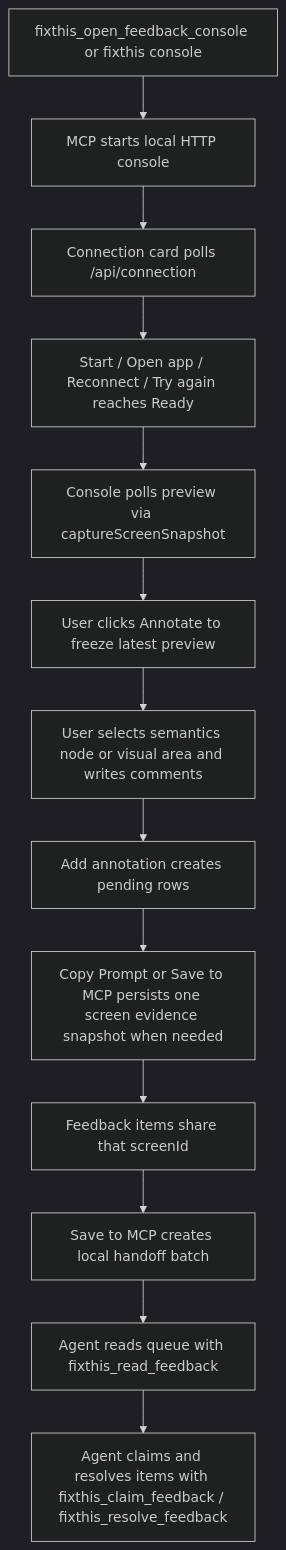
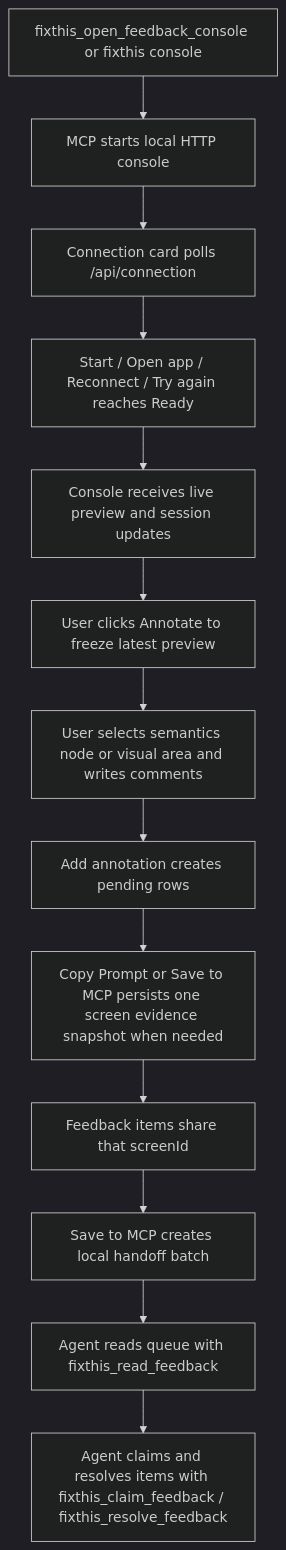
One commit to beyondwin/FixThis changed the second of 2 diagrams in docs/architecture/overview.md. Above: the diagram before and after it, drawn with Mermaid (dark theme). The commit also changed other lines of this file and 11 other files, not shown here.

Commit message:
docs(console): sync session preview hardening docs

````diff
--- a/docs/architecture/overview.md
+++ b/docs/architecture/overview.md
@@ -223,15 +228,15 @@
 ```mermaid
 flowchart TD
     A["fixthis_open_feedback_console or fixthis console"] --> B["MCP starts local HTTP console"]
     B --> C["Connection card polls /api/connection"]
     C --> D["Start / Open app / Reconnect / Try again reaches Ready"]
-    D --> E["Console polls preview via captureScreenSnapshot"]
+    D --> E["Console receives live preview and session updates"]
     E --> F["User clicks Annotate to freeze latest preview"]
     F --> G["User selects semantics node or visual area and writes comments"]
     G --> H["Add annotation creates pending rows"]
     H --> I["Copy Prompt or Save to MCP persists one screen evidence snapshot when needed"]
     I --> J["Feedback items share that screenId"]
     J --> K["Save to MCP creates local handoff batch"]
     K --> L["Agent reads queue with fixthis_read_feedback"]
     L --> M["Agent claims and resolves items with fixthis_claim_feedback / fixthis_resolve_feedback"]
 ```
````
